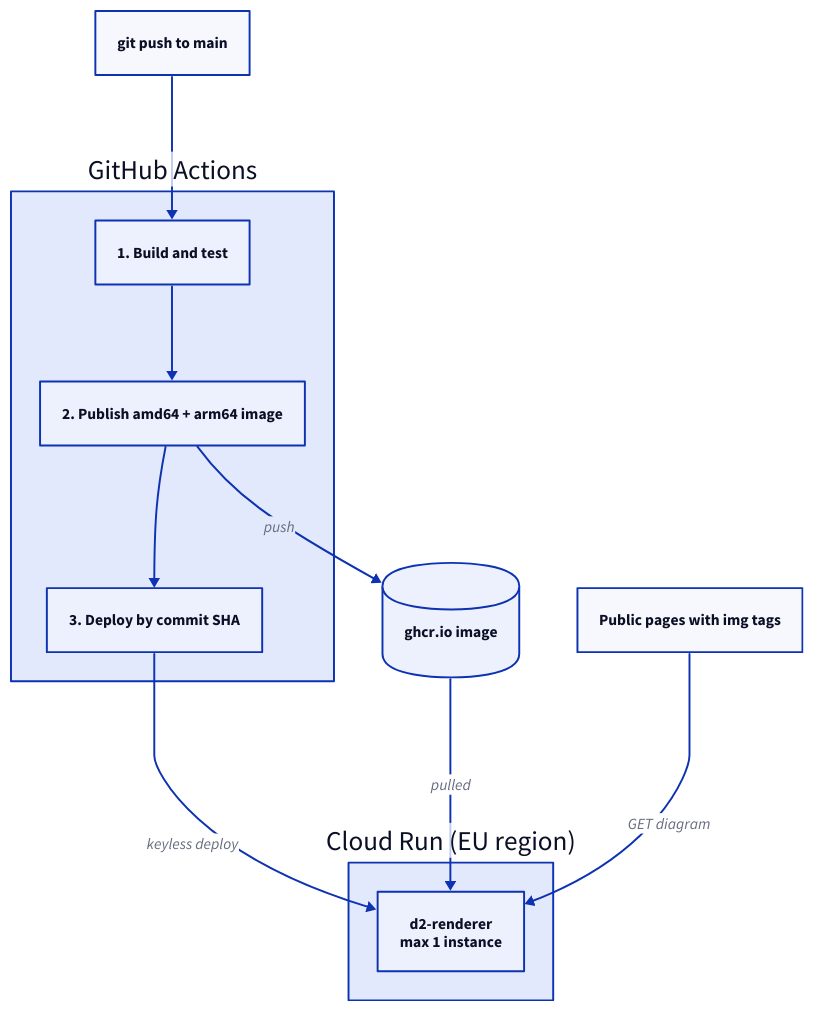
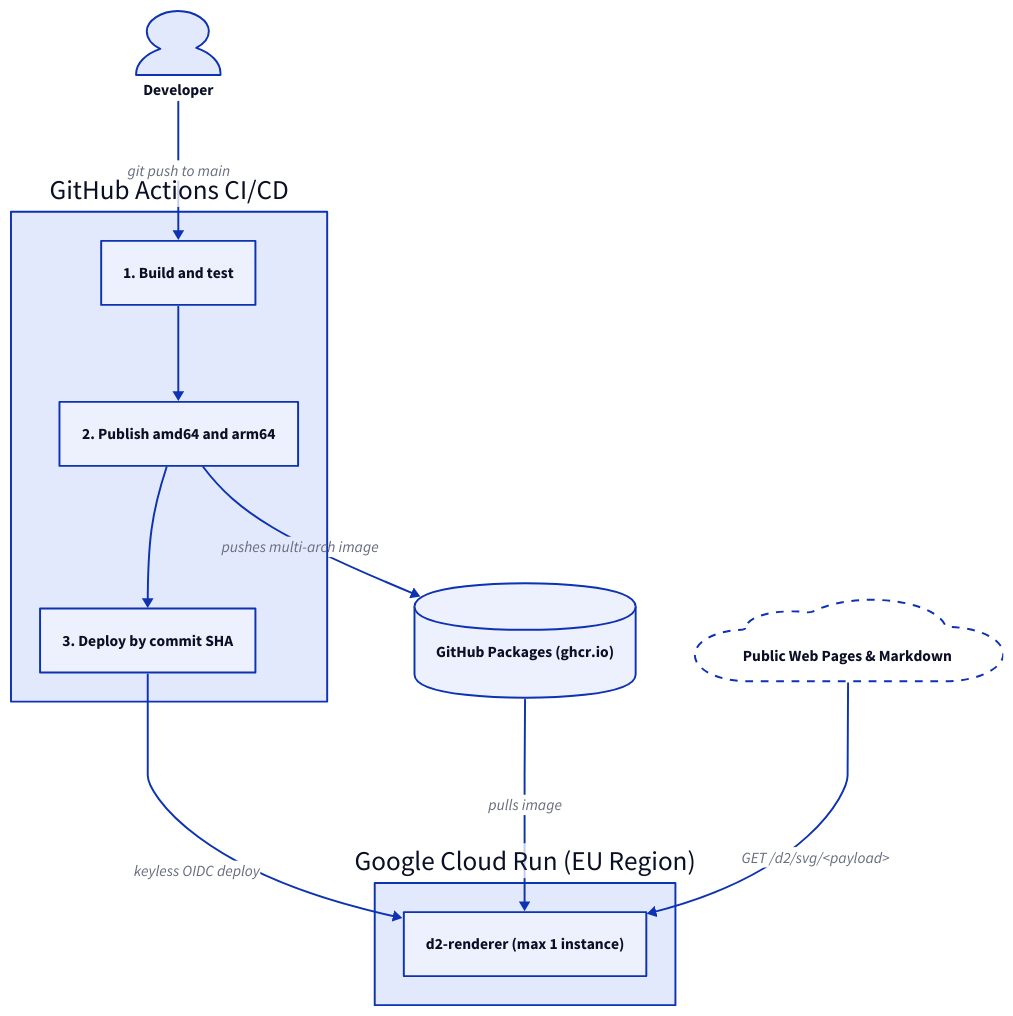
Before and after one commit to kanad13/d2-renderer: the third of 3 diagrams in docs/030-architecture.md, drawn with D2. The commit also changed other lines of this file and 87 other files, not shown here. The source asks for the TALA layout; these drawings use dagre instead.

````diff
--- a/docs/030-architecture.md
+++ b/docs/030-architecture.md
@@ -116,29 +148,40 @@
 ```d2
-direction: down
-
-dev: "git push to main"
-
-gha: GitHub Actions {
-  direction: down
-  test: "1. Build and test"
-  publish: "2. Publish amd64 + arm64 image"
-  deploy: "3. Deploy by commit SHA"
-  test -> publish -> deploy
+vars: {
+  d2-config: {
+    layout-engine: tala
+    pad: 24
+    theme-id: 0
+    dark-theme-id: 200
+  }
 }
 
-ghcr: ghcr.io image {
+developer: Developer {
+  shape: person
+}
+
+github_actions: GitHub Actions CI/CD {
+  test_job: "1. Build and test"
+  publish_job: "2. Publish amd64 and arm64"
+  deploy_job: "3. Deploy by commit SHA"
+  test_job -> publish_job -> deploy_job
+}
+
+container_registry: "GitHub Packages (ghcr.io)" {
   shape: cylinder
 }
 
-run: Cloud Run (EU region) {
-  svc: "d2-renderer\nmax 1 instance"
+cloud_run: Google Cloud Run (EU Region) {
+  service: "d2-renderer (max 1 instance)"
 }
 
-pages: Public pages with img tags
+public_clients: Public Web Pages & Markdown {
+  shape: cloud
+  style.stroke-dash: 4
+}
 
-dev -> gha.test
-gha.publish -> ghcr: push
-gha.deploy -> run.svc: keyless deploy
-ghcr -> run.svc: pulled
-pages -> run.svc: GET diagram
+developer -> github_actions.test_job: "git push to main"
+github_actions.publish_job -> container_registry: pushes multi-arch image
+github_actions.deploy_job -> cloud_run.service: keyless OIDC deploy
+container_registry -> cloud_run.service: pulls image
+public_clients -> cloud_run.service: "GET /d2/svg/<payload>"
 ```
````
